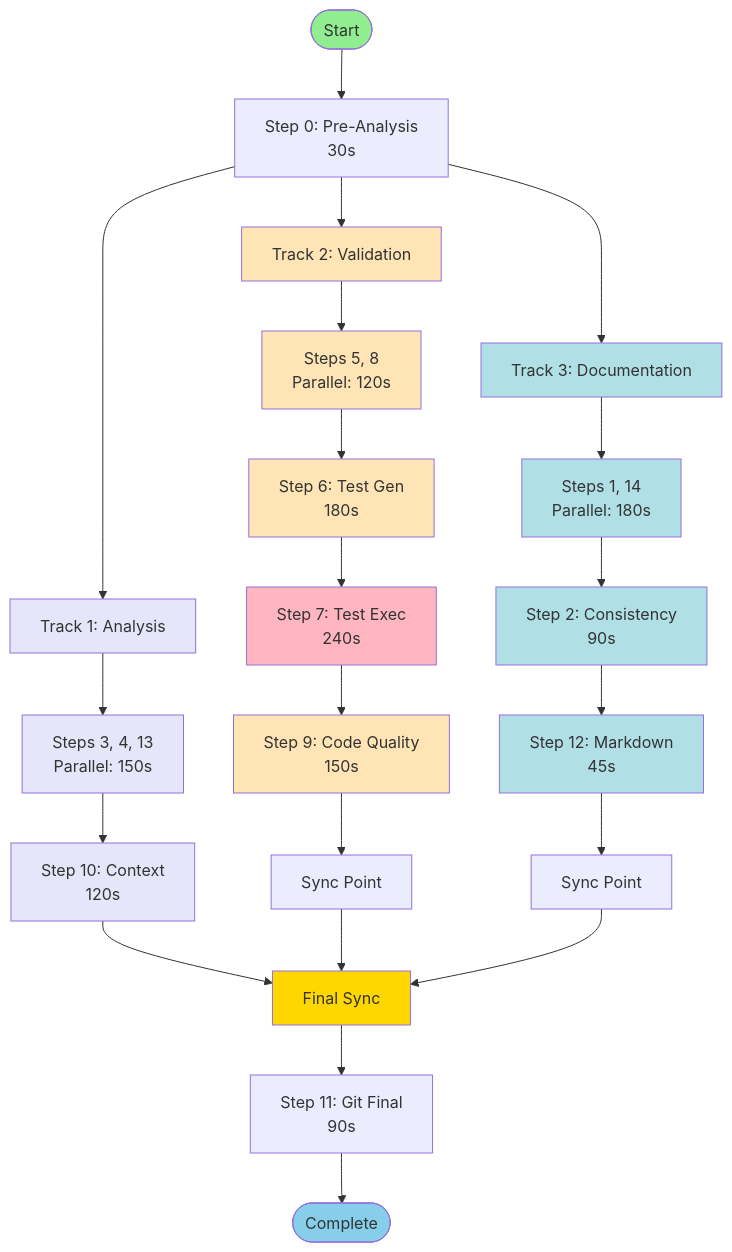
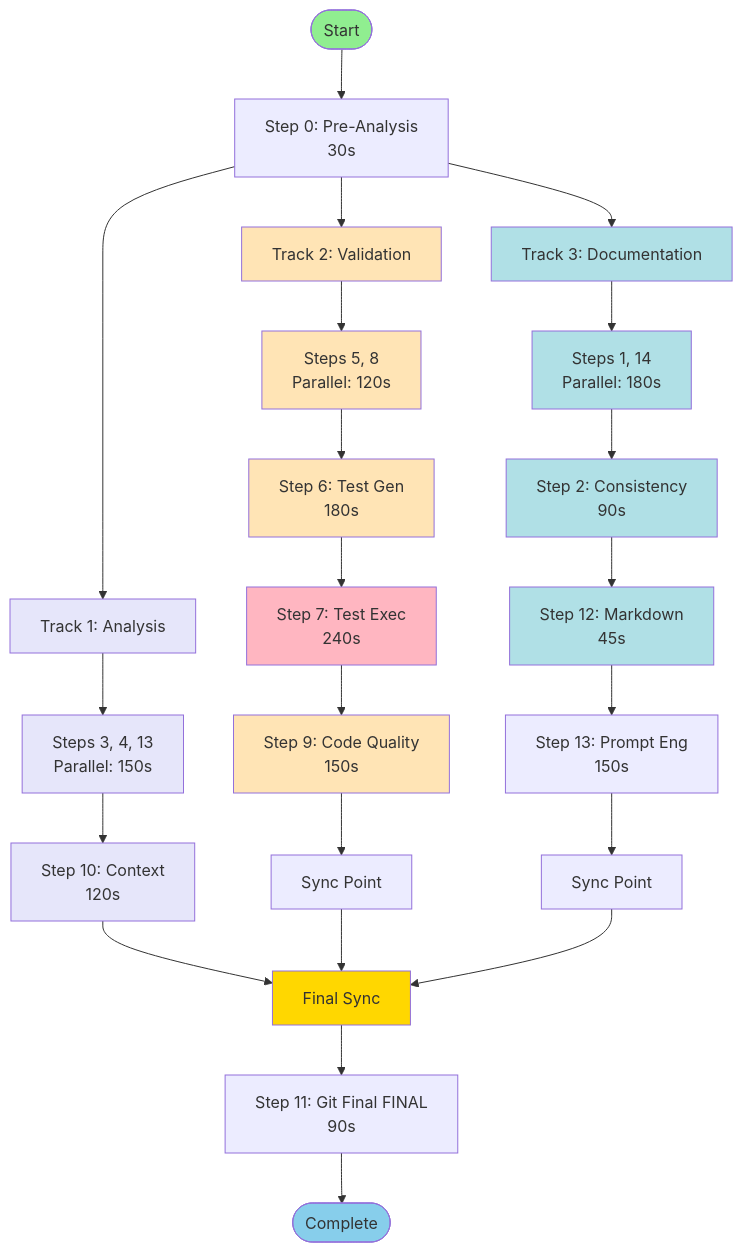
One commit to mpbarbosa/ai_workflow changed the fourth of 18 diagrams in docs/reference/workflow-diagrams.md. Above: the diagram before and after it, drawn with Mermaid. The commit also changed other lines of this file and 448 other files, not shown here.

````diff
--- a/docs/reference/workflow-diagrams.md
+++ b/docs/reference/workflow-diagrams.md
@@ -145,44 +160,45 @@
 ```mermaid
 graph TD
     Start([Start]) --> Step0[Step 0: Pre-Analysis<br/>30s]
     
     Step0 --> Track1[Track 1: Analysis]
     Step0 --> Track2[Track 2: Validation]
     Step0 --> Track3[Track 3: Documentation]
     
     %% Track 1: Analysis
     Track1 --> Group1A[Steps 3, 4, 13<br/>Parallel: 150s]
     Group1A --> Step10[Step 10: Context<br/>120s]
     
     %% Track 2: Validation
     Track2 --> Group2A[Steps 5, 8<br/>Parallel: 120s]
     Group2A --> Step6[Step 6: Test Gen<br/>180s]
     Step6 --> Step7[Step 7: Test Exec<br/>240s]
     Step7 --> Step9[Step 9: Code Quality<br/>150s]
     Step9 --> Sync2[Sync Point]
     
     %% Track 3: Documentation
     Track3 --> Group3A[Steps 1, 14<br/>Parallel: 180s]
     Group3A --> Step2[Step 2: Consistency<br/>90s]
     Step2 --> Step12[Step 12: Markdown<br/>45s]
-    Step12 --> Sync3[Sync Point]
+    Step12 --> Step13[Step 13: Prompt Eng<br/>150s]
+    Step13 --> Sync3[Sync Point]
     
     %% Final synchronization
     Step10 --> FinalSync[Final Sync]
     Sync2 --> FinalSync
     Sync3 --> FinalSync
-    FinalSync --> Step11[Step 11: Git Final<br/>90s]
+    FinalSync --> Step11[Step 11: Git Final FINAL<br/>90s]
     Step11 --> End([Complete])
     
     style Start fill:#90EE90
     style End fill:#87CEEB
     style Step7 fill:#FFB6C1
     style FinalSync fill:#FFD700
     
     classDef track1 fill:#E6E6FA
     classDef track2 fill:#FFE4B5
     classDef track3 fill:#B0E0E6
     class Track1,Group1A,Step10 track1
     class Track2,Group2A,Step6,Step7,Step9 track2
     class Track3,Group3A,Step2,Step12 track3
 ```
````
